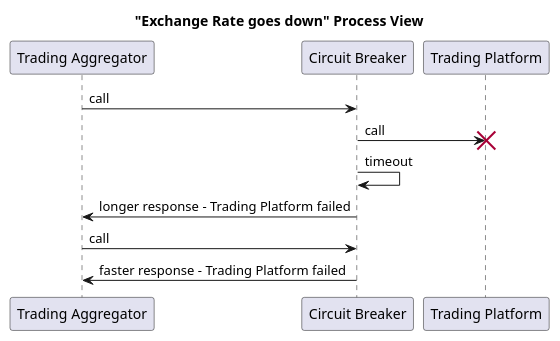
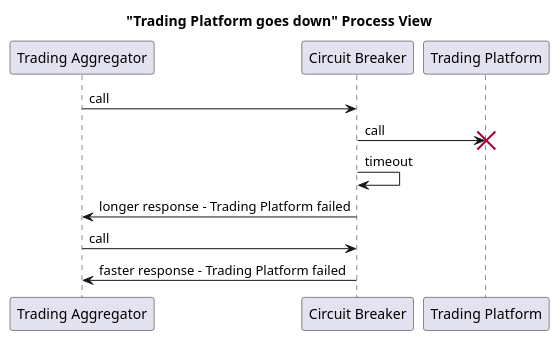
Diagram 37 of 37 in src/sa/model/index.md (USI-MSDE-SA-2022/software-architecture-model-tmshts), drawn with PlantUML before and after one commit. The commit also changed other lines of this file, not shown here.

````diff
--- a/src/sa/model/index.md
+++ b/src/sa/model/index.md
@@ -2645,18 +2647,18 @@
 ```puml
 @startuml
-title "Exchange Rate goes down" Process View
+title "Trading Platform goes down" Process View
 
 participant "Trading Aggregator" as TA
 participant "Circuit Breaker" as CB
 participant "Trading Platform" as TP
 
 TA -> CB: call
 CB -> TP: call
 destroy TP
 CB -> CB: timeout
 CB -> TA: longer response - Trading Platform failed
 TA -> CB: call
 CB -> TA: faster response - Trading Platform failed
 
 @enduml
 ```
````
